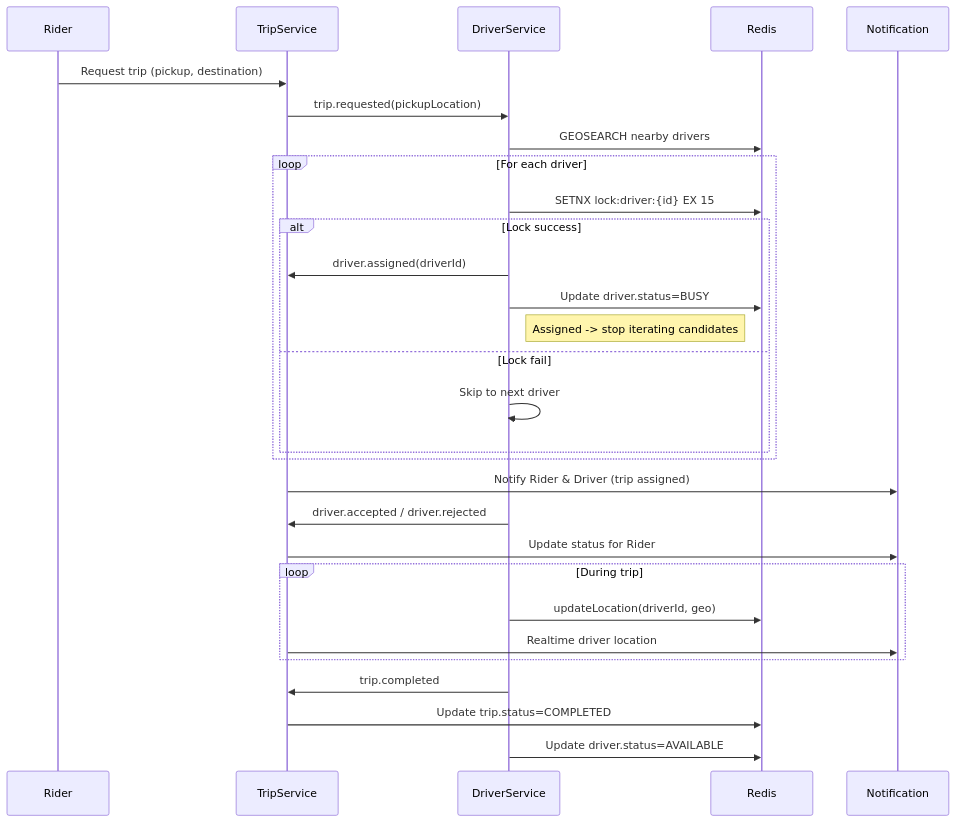
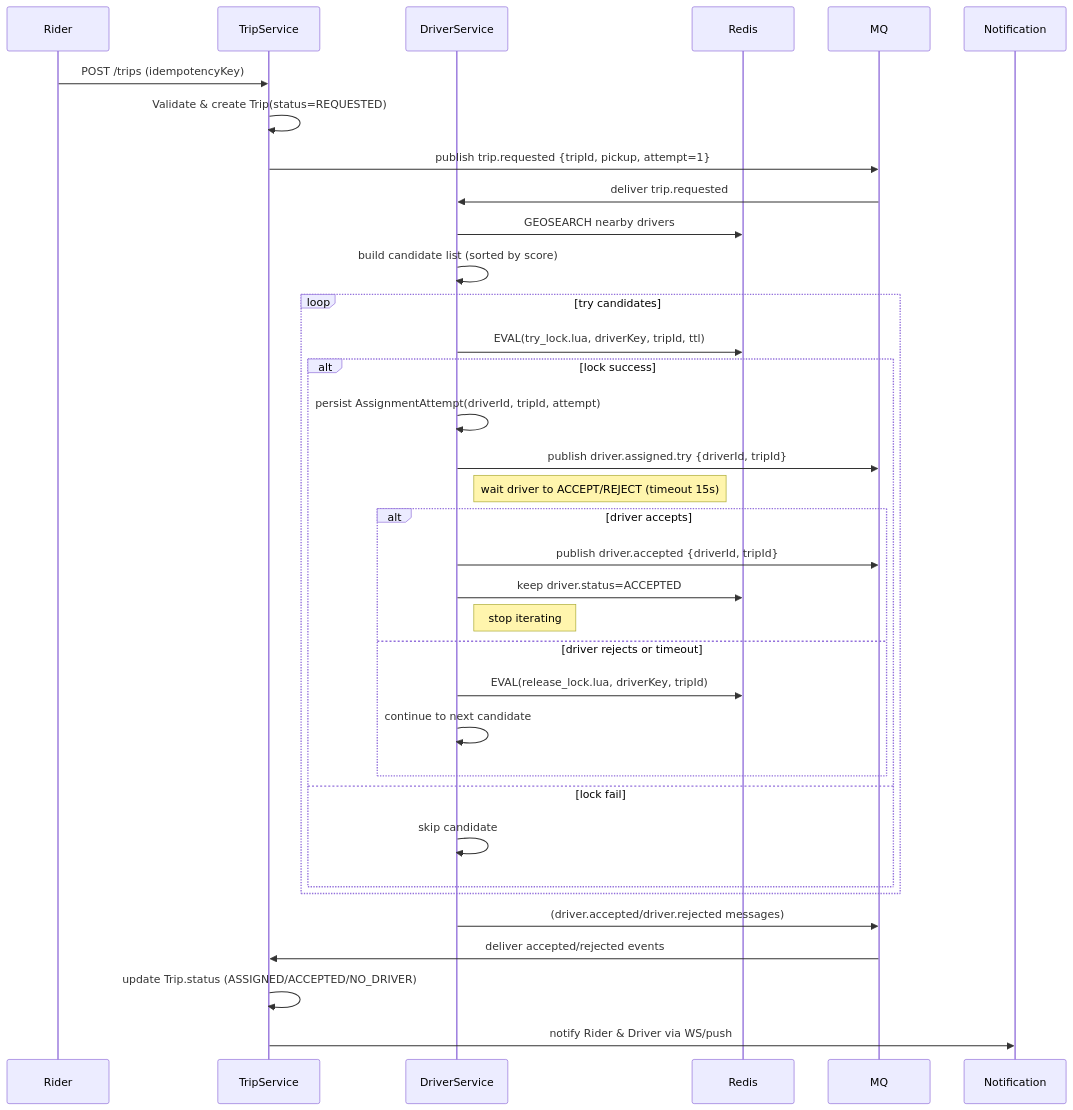
Before and after one commit to LeVanHuy84/uit-go-project: the diagram in trip-workflow.md, drawn with Mermaid. The commit also changed other lines of this file, not shown here.

````diff
--- a/trip-workflow.md
+++ b/trip-workflow.md
@@ -122,37 +99,40 @@
 ```mermaid
 sequenceDiagram
     participant Rider
     participant TripService
     participant DriverService
     participant Redis
+    participant MQ
     participant Notification
 
-    Rider->>TripService: Request trip (pickup, destination)
-    TripService->>DriverService: trip.requested(pickupLocation)
+    Rider->>TripService: POST /trips (idempotencyKey)
+    TripService->>TripService: Validate & create Trip(status=REQUESTED)
+    TripService->>MQ: publish trip.requested {tripId, pickup, attempt=1}
+    MQ->>DriverService: deliver trip.requested
 
     DriverService->>Redis: GEOSEARCH nearby drivers
-    loop For each driver
-        DriverService->>Redis: SETNX lock:driver:{id} EX 15
-        alt Lock success
-            DriverService->>TripService: driver.assigned(driverId)
-            DriverService->>Redis: Update driver.status=BUSY
-            note right of DriverService: Assigned -> stop iterating candidates
-        else Lock fail
-            DriverService->>DriverService: Skip to next driver
+    DriverService->>DriverService: build candidate list (sorted by score)
+    loop try candidates
+        DriverService->>Redis: EVAL(try_lock.lua, driverKey, tripId, ttl)
+        alt lock success
+            DriverService->>DriverService: persist AssignmentAttempt(driverId, tripId, attempt)
+            DriverService->>MQ: publish driver.assigned.try {driverId, tripId}
+            Note right of DriverService: wait driver to ACCEPT/REJECT (timeout 15s)
+            alt driver accepts
+                DriverService->>MQ: publish driver.accepted {driverId, tripId}
+                DriverService->>Redis: keep driver.status=ACCEPTED
+                note right of DriverService: stop iterating
+            else driver rejects or timeout
+                DriverService->>Redis: EVAL(release_lock.lua, driverKey, tripId)
+                DriverService->>DriverService: continue to next candidate
+            end
+        else lock fail
+            DriverService->>DriverService: skip candidate
         end
     end
 
-    TripService->>Notification: Notify Rider & Driver (trip assigned)
-
-    DriverService->>TripService: driver.accepted / driver.rejected
-    TripService->>Notification: Update status for Rider
-
-    loop During trip
-        DriverService->>Redis: updateLocation(driverId, geo)
-        TripService->>Notification: Realtime driver location
-    end
-
-    DriverService->>TripService: trip.completed
-    TripService->>Redis: Update trip.status=COMPLETED
-    DriverService->>Redis: Update driver.status=AVAILABLE
+    DriverService->>MQ: (driver.accepted/driver.rejected messages)
+    MQ->>TripService: deliver accepted/rejected events
+    TripService->>TripService: update Trip.status (ASSIGNED/ACCEPTED/NO_DRIVER)
+    TripService->>Notification: notify Rider & Driver via WS/push
 ```
````
